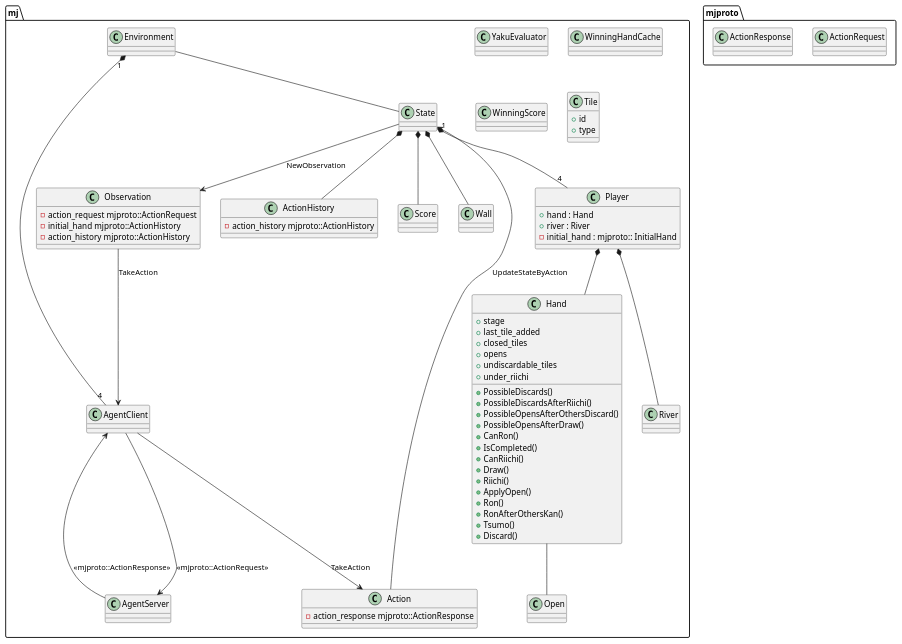
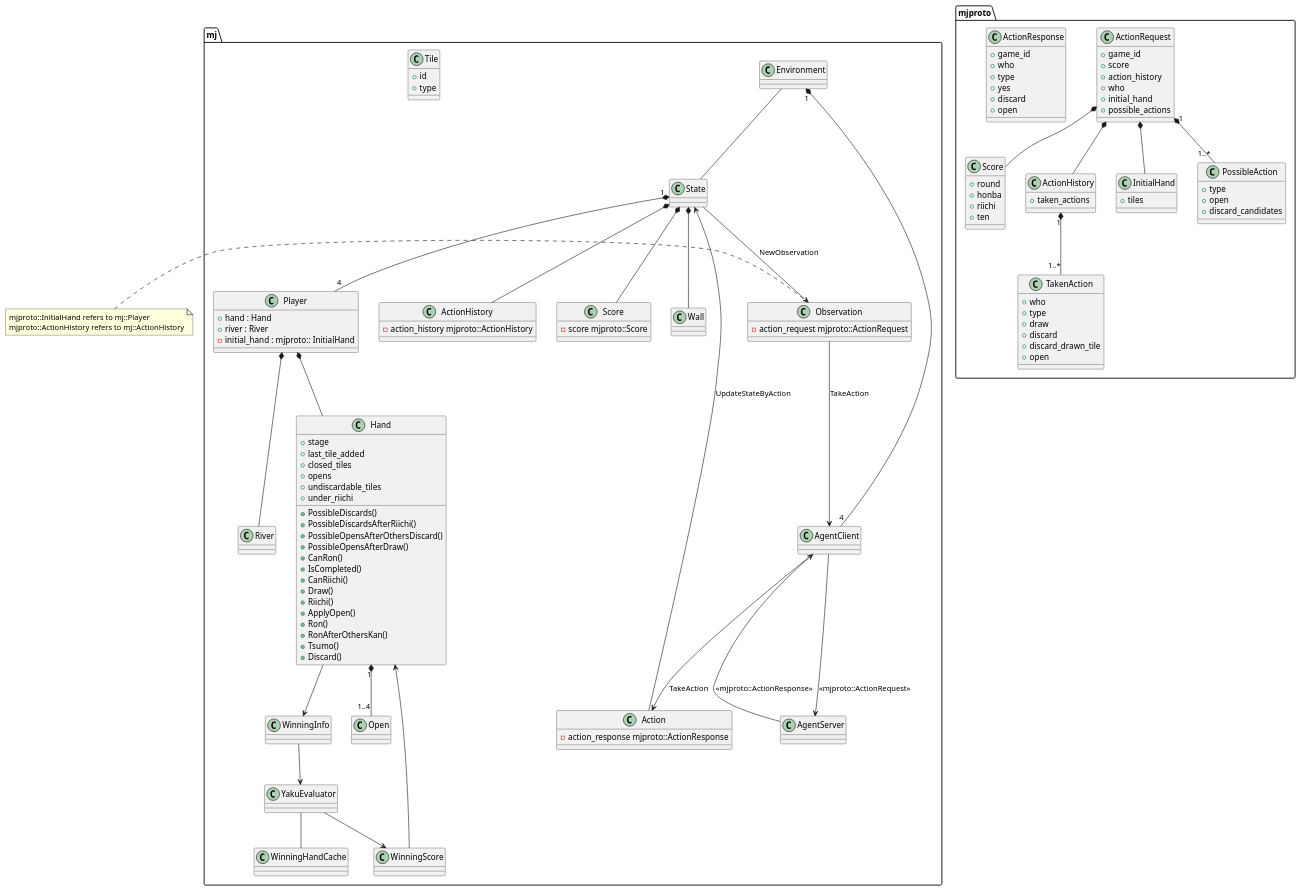
Before and after one commit to mjx-project/mjx: the diagram in diagrams.pu, drawn with PlantUML.

Commit message:
update diagram

```diff
--- a/diagrams.pu
+++ b/diagrams.pu
@@ -1,125 +1,186 @@
 @startuml
 
 set namespaceSeparator ::
 
-class mjproto::ActionRequest {
-
+class mjproto::Score {
+  + round
+  + honba 
+  + riichi 
+  + ten 
 }
 
-class mjproto::ActionResponse {
+class mjproto::TakenAction {
+  + who
+  + type 
+  + draw 
+  + discard 
+  + discard_drawn_tile
+  + open
+}
 
+class mjproto::ActionHistory {
+  + taken_actions 
 }
+
+class mjproto::InitialHand {
+  + tiles
+}
+
+class mjproto::PossibleAction {
+  + type
+  + open 
+  + discard_candidates
+}
+
+class mjproto::ActionRequest {
+  + game_id
+  + score
+  + action_history
+  + who
+  + initial_hand 
+  + possible_actions
+}
+
+class mjproto::ActionResponse { 
+  + game_id 
+  + who
+  + type
+  + yes
+  + discard
+  + open
+}
+
+mjproto::ActionRequest *-- mjproto::Score
+mjproto::ActionRequest *-- mjproto::ActionHistory
+mjproto::ActionRequest *-- mjproto::InitialHand
+mjproto::ActionRequest "1" *-- "1..*" mjproto::PossibleAction
+
+mjproto::ActionHistory "1" *-- "1..*" mjproto::TakenAction
+
 
 class mj::Environment {
 }
 
 class mj::YakuEvaluator {
 }
 
 class mj::WinningHandCache {
 }
 
 class mj::WinningScore {
+}
+
+class mj::WinningInfo {
 }
 
 class mj::State {
 
 }
 
 class mj::Player {
     + hand : Hand
     + river : River
     - initial_hand : mjproto:: InitialHand
 }
 
 class mj::Observation {
     - action_request mjproto::ActionRequest
-    - initial_hand mjproto::ActionHistory
-    - action_history mjproto::ActionHistory
 }
+note left
+mjproto::InitialHand refers to mj::Player
+mjproto::ActionHistory refers to mj::ActionHistory
+end note
 
 class mj::ActionHistory {
     - action_history mjproto::ActionHistory
 }
 
 class mj::AgentClient {
 
 }
 
 class mj::AgentServer {
 
 }
 
 class mj::Score {
-
+    - score mjproto::Score
 }
 
 class mj::Wall {
 
 }
 
 class mj::River {
 
 } 
 
 class mj::Action {
     - action_response mjproto::ActionResponse
 }
 
 class mj::Hand {
     + stage
     + last_tile_added
     + closed_tiles
     + opens
     + undiscardable_tiles
     + under_riichi
     + PossibleDiscards()
     + PossibleDiscardsAfterRiichi()
     + PossibleOpensAfterOthersDiscard()
     + PossibleOpensAfterDraw()
     + CanRon()
     + IsCompleted()
     + CanRiichi()
     + Draw()
     + Riichi()
     + ApplyOpen()
     + Ron()
     + RonAfterOthersKan()
     + Tsumo()
     + Discard()
 }
 
 class mj::Open {
 
 }
 
 class mj::Tile {
     + id
     + type
 }
 
 
 mj::Environment "1" *-- "4" mj::AgentClient
 mj::Environment -- mj::State 
 
 mj::State <-- mj::Action : UpdateStateByAction
 mj::State *-- mj::Score 
 mj::State *-- mj::Wall
 mj::State *-- mj::ActionHistory
 mj::State "1" *-- "4" mj::Player
 mj::State --> mj::Observation : NewObservation
 
 mj::Observation --> mj::AgentClient : TakeAction
 
 mj::Player *-- mj::Hand
 mj::Player *-- mj::River 
 
-mj::Hand -- mj::Open
+mj::Hand "1" *-- "1..4" mj::Open
+mj::Hand --> mj::WinningInfo
+
+mj::WinningInfo --> mj::YakuEvaluator
+
+mj::YakuEvaluator -- mj::WinningHandCache
+mj::YakuEvaluator --> mj::WinningScore
+
+mj::WinningScore --> mj::Hand
 
 mj::AgentClient --> mj::AgentServer : <<mjproto::ActionRequest>>
 mj::AgentClient --> mj::Action : TakeAction
 
 mj::AgentServer --> mj::AgentClient : <<mjproto::ActionResponse>>
 
 
 @enduml
```
